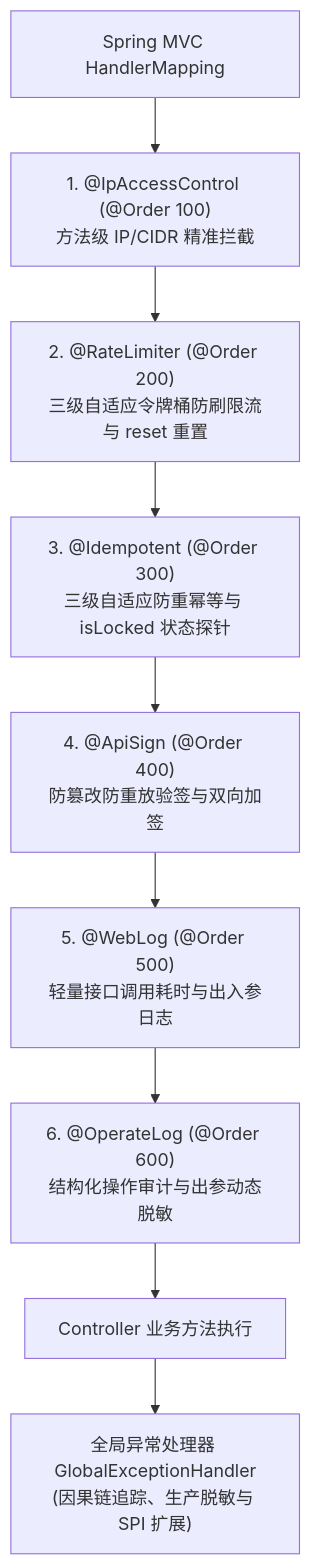
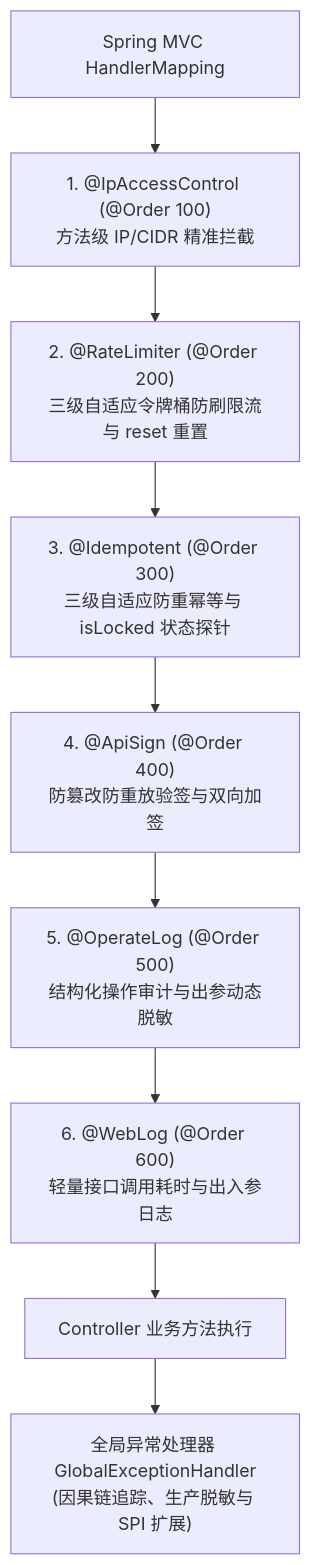
One commit to atengk/ateng-boot changed the second of 2 diagrams in ateng-boot-web/README.md. Above: the diagram before and after it, drawn with Mermaid. The commit also changed other lines of this file and 2 other files, not shown here.

First line of the commit message:
docs(web): 依据实测样例 1:1 逆向校准 Starter 文档、Sample 体验卡与 ADR-0032

````diff
--- a/ateng-boot-web/README.md
+++ b/ateng-boot-web/README.md
@@ -74,11 +131,11 @@
 ```mermaid
 flowchart TD
     Dispatcher["Spring MVC HandlerMapping"] --> IpAspect["1. @IpAccessControl (@Order 100)<br>方法级 IP/CIDR 精准拦截"]
     IpAspect --> RateAspect["2. @RateLimiter (@Order 200)<br>三级自适应令牌桶防刷限流与 reset 重置"]
     RateAspect --> IdempAspect["3. @Idempotent (@Order 300)<br>三级自适应防重幂等与 isLocked 状态探针"]
     IdempAspect --> SignAspect["4. @ApiSign (@Order 400)<br>防篡改防重放验签与双向加签"]
-    SignAspect --> LogAspect["5. @WebLog (@Order 500)<br>轻量接口调用耗时与出入参日志"]
-    LogAspect --> AuditAspect["6. @OperateLog (@Order 600)<br>结构化操作审计与出参动态脱敏"]
-    AuditAspect --> TargetAction["Controller 业务方法执行"]
+    SignAspect --> AuditAspect["5. @OperateLog (@Order 500)<br>结构化操作审计与出参动态脱敏"]
+    AuditAspect --> LogAspect["6. @WebLog (@Order 600)<br>轻量接口调用耗时与出入参日志"]
+    LogAspect --> TargetAction["Controller 业务方法执行"]
     TargetAction --> ExceptionHandler["全局异常处理器 GlobalExceptionHandler<br>(因果链追踪、生产脱敏与 SPI 扩展)"]
 ```
````
